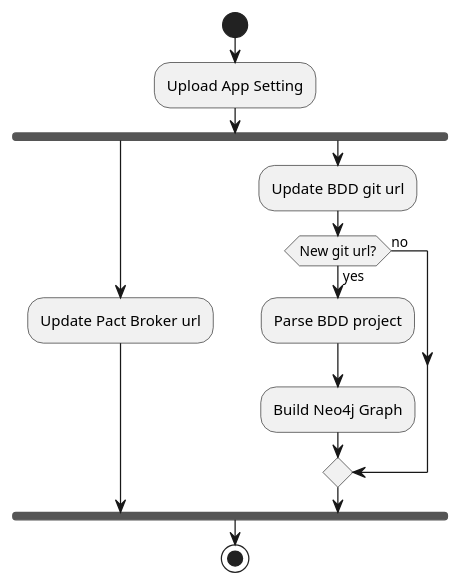
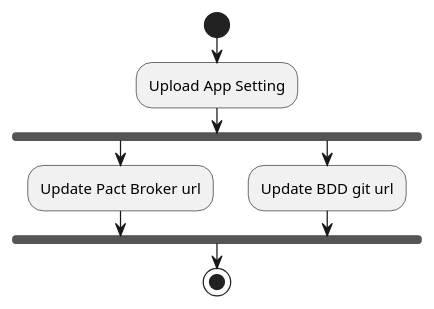
Before and after one commit to b4456609/mgp-back: the diagram in diagram/setting.puml, drawn with PlantUML. The commit also changed 5 other files, not shown here.

```diff
--- a/diagram/setting.puml
+++ b/diagram/setting.puml
@@ -1,15 +1,10 @@
 @startuml
 start
 :Upload App Setting;
 fork
     :Update Pact Broker url;
 fork again
     :Update BDD git url;
-    if (New git url?) then (yes)
-        :Parse BDD project;
-        :Build Neo4j Graph;
-    else (no)
-    endif
 end fork
 stop
 @enduml
```
